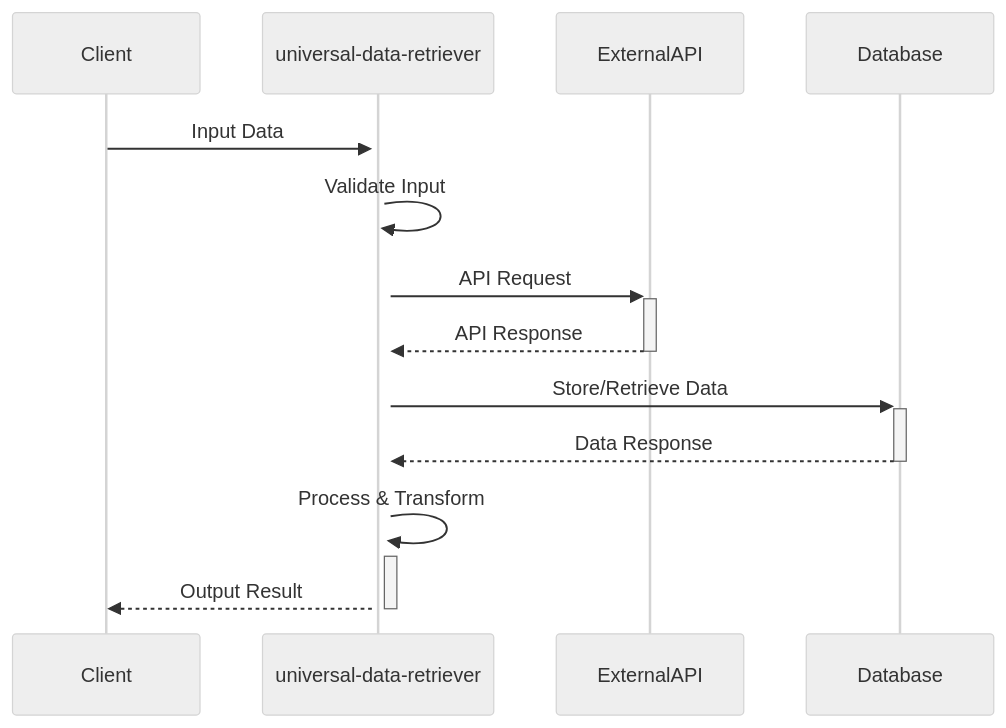
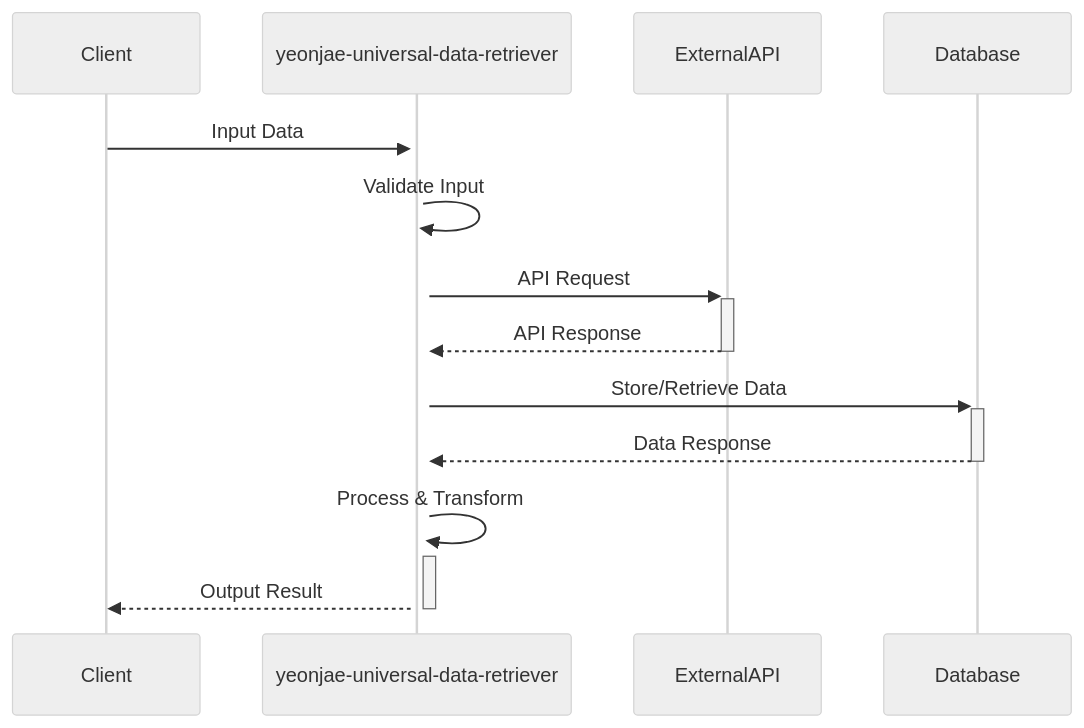
One commit to yeonjae-work/universal-modules changed the third of 4 diagrams in packages/yeonjae-universal-data-retriever/docs/technical-specification.md. Above: the diagram before and after it, drawn with Mermaid (neutral theme). The commit also changed other lines of this file and 11 other files, not shown here.

````diff
--- a/packages/yeonjae-universal-data-retriever/docs/technical-specification.md
+++ b/packages/yeonjae-universal-data-retriever/docs/technical-specification.md
@@ -151,16 +151,16 @@
 ```mermaid
 sequenceDiagram
     participant Client
-    participant universal-data-retriever
+    participant yeonjae-universal-data-retriever
     participant ExternalAPI
     participant Database
     
-    Client->>+universal-data-retriever: Input Data
-    universal-data-retriever->>+universal-data-retriever: Validate Input
-    universal-data-retriever->>+ExternalAPI: API Request
-    ExternalAPI-->>-universal-data-retriever: API Response
-    universal-data-retriever->>+Database: Store/Retrieve Data
-    Database-->>-universal-data-retriever: Data Response
-    universal-data-retriever->>+universal-data-retriever: Process & Transform
-    universal-data-retriever-->>-Client: Output Result
+    Client->>+yeonjae-universal-data-retriever: Input Data
+    yeonjae-universal-data-retriever->>+yeonjae-universal-data-retriever: Validate Input
+    yeonjae-universal-data-retriever->>+ExternalAPI: API Request
+    ExternalAPI-->>-yeonjae-universal-data-retriever: API Response
+    yeonjae-universal-data-retriever->>+Database: Store/Retrieve Data
+    Database-->>-yeonjae-universal-data-retriever: Data Response
+    yeonjae-universal-data-retriever->>+yeonjae-universal-data-retriever: Process & Transform
+    yeonjae-universal-data-retriever-->>-Client: Output Result
 ```
````
